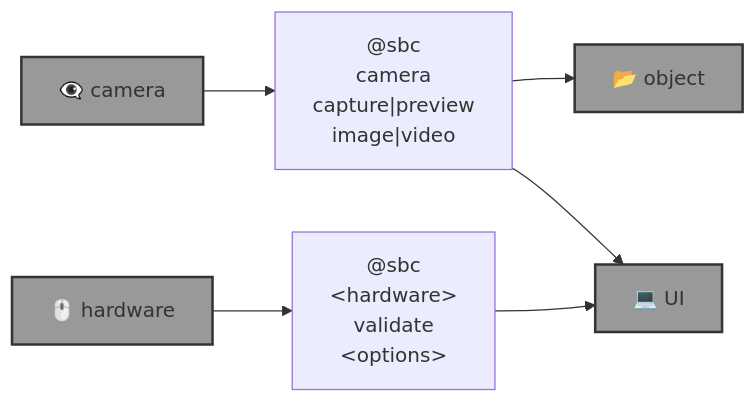
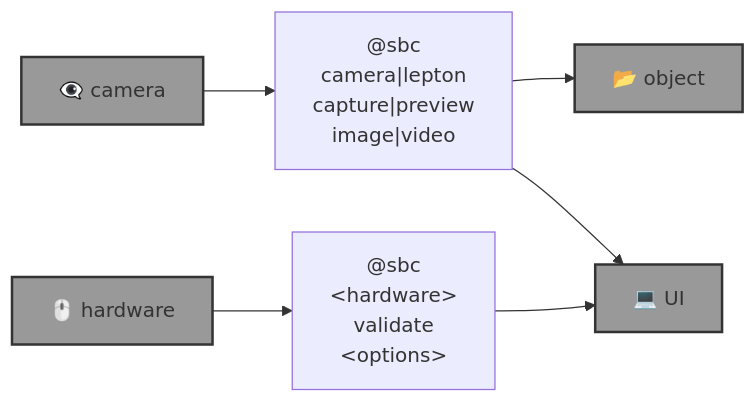
Before and after one commit to kamangir/eye: the diagram in README.md, drawn with Mermaid. The commit also changed other lines of this file and 2 other files, not shown here.

Commit message:
++ - kamangir/bolt#746

````diff
--- a/README.md
+++ b/README.md
@@ -13,20 +13,20 @@
 ```mermaid
 graph LR
-    camera["@sbc<br>camera<br>capture|preview<br>image|video"]
+    camera["@sbc<br>camera|lepton<br>capture|preview<br>image|video"]
 
     hardware_validate["@sbc<br>&lt;hardware&gt;<br>validate<br>&lt;options&gt;"]
 
     object["📂 object"]:::folder
     camera_hardware["👁️‍🗨️ camera"]:::folder
     hardware["🖱️ hardware"]:::folder
     UI["💻 UI"]:::folder
 
     camera_hardware --> camera
     camera --> object
     camera --> UI
 
     hardware --> hardware_validate
     hardware_validate --> UI
 
     classDef folder fill:#999,stroke:#333,stroke-width:2px;
 ```
````
